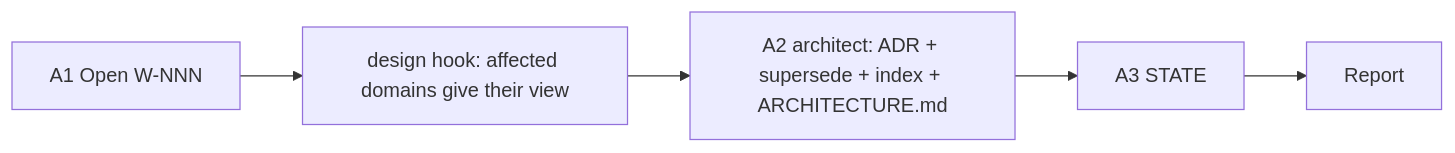
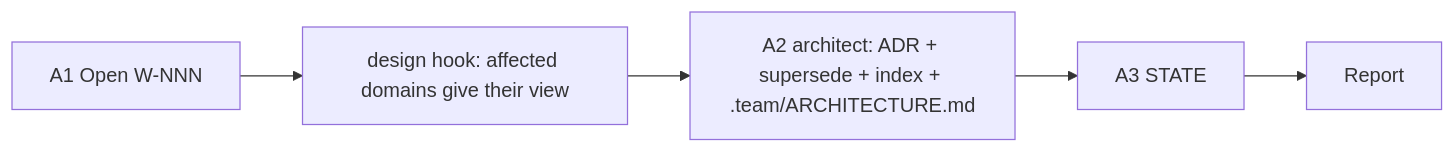
The second of 2 diagrams in commands/docs.md (Tuan-Quyen/technical-teams), drawn with Mermaid before and after one commit. The commit also changed other lines of this file and 24 other files, not shown here.

````diff
--- a/commands/docs.md
+++ b/commands/docs.md
@@ -61,6 +61,6 @@
 ```mermaid
 flowchart LR
   A[A1 Open W-NNN] --> B[design hook: affected domains give their view]
-  B --> C[A2 architect: ADR + supersede + index + ARCHITECTURE.md]
+  B --> C[A2 architect: ADR + supersede + index + .team/ARCHITECTURE.md]
   C --> D[A3 STATE] --> E[Report]
 ```
````
